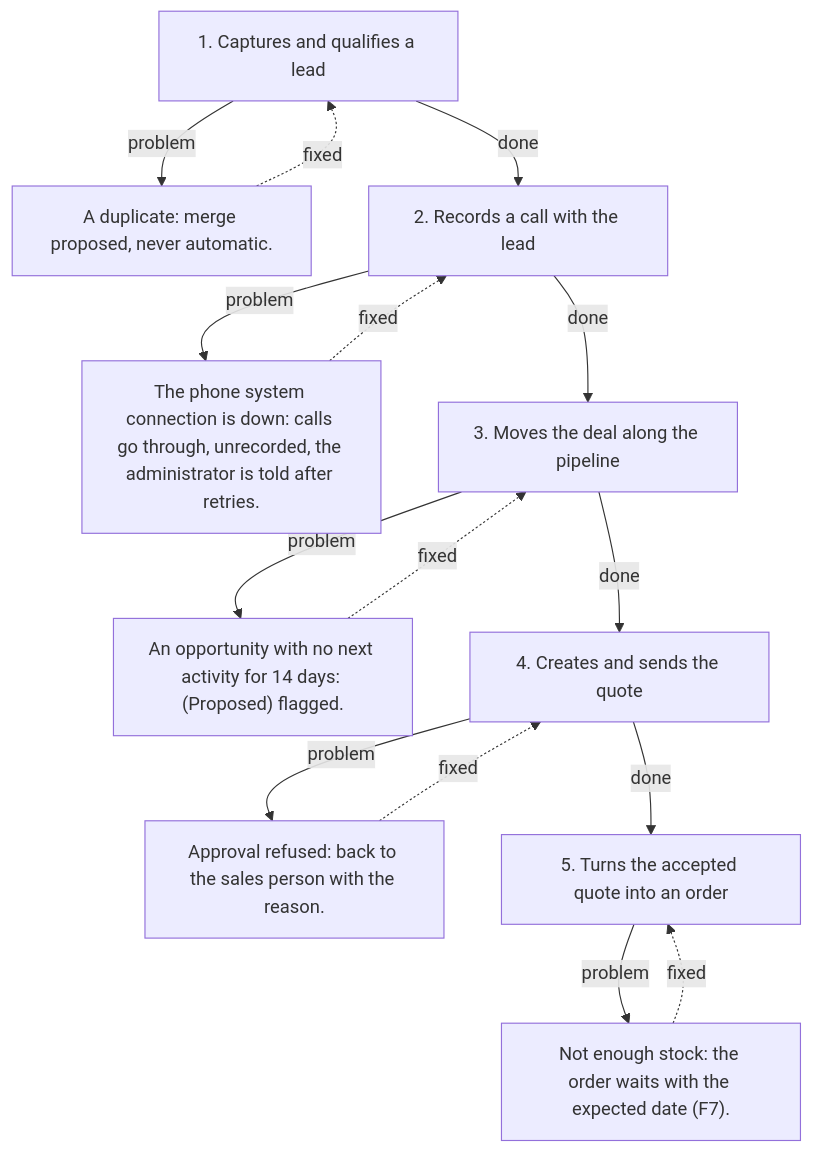
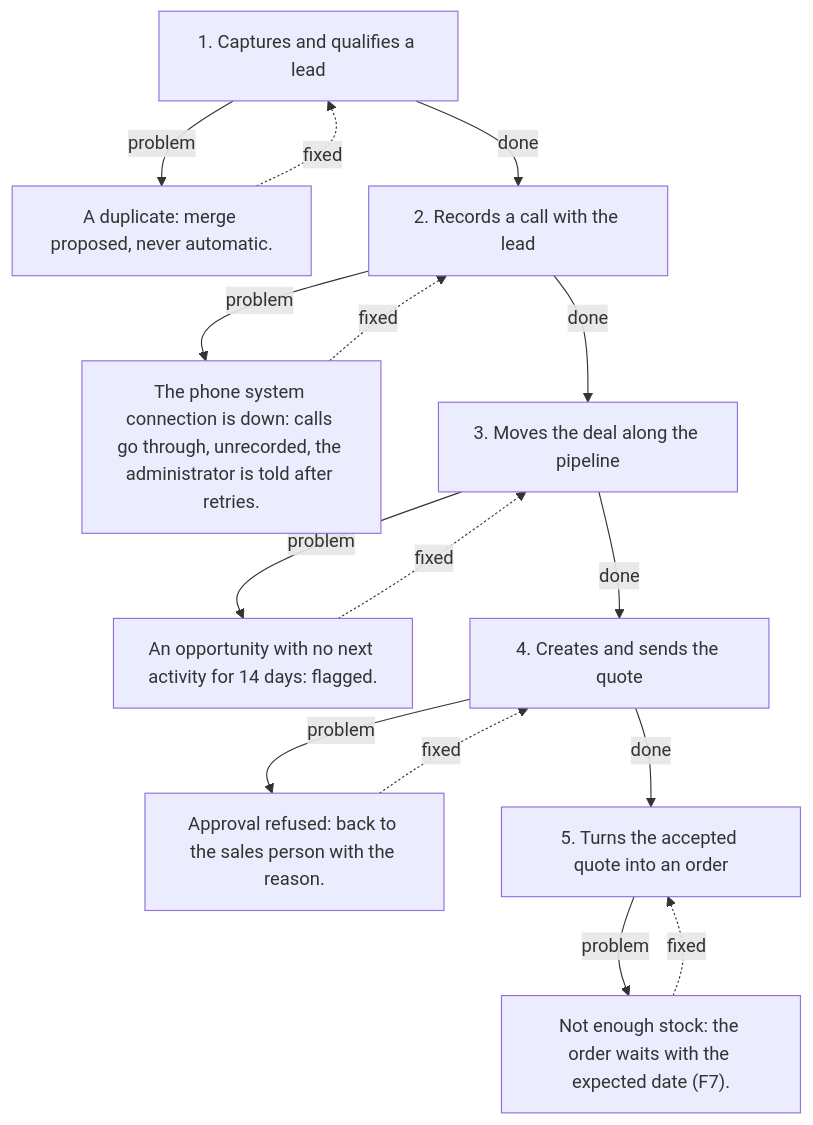
The second of 2 diagrams in docs/specs/04-ux/views/u03-sales/journeys/j-u03-01-from-lead-to-order.md (gpbcom/SimpleERP), drawn with Mermaid before and after one commit. The commit also changed other lines of this file and 8816 other files, not shown here.

````diff
--- a/docs/specs/04-ux/views/u03-sales/journeys/j-u03-01-from-lead-to-order.md
+++ b/docs/specs/04-ux/views/u03-sales/journeys/j-u03-01-from-lead-to-order.md
@@ -40,22 +40,22 @@
 ```mermaid
 flowchart TD
   S1["1. Captures and qualifies a lead"]
   S1 -- problem --> E1["A duplicate: merge proposed, never automatic."]
   E1 -. fixed .-> S1
   S2["2. Records a call with the lead"]
   S2 -- problem --> E2["The phone system connection is down: calls go through, unrecorded, the administrator is told after retries."]
   E2 -. fixed .-> S2
   S1 -- done --> S2
   S3["3. Moves the deal along the pipeline"]
-  S3 -- problem --> E3["An opportunity with no next activity for 14 days: (Proposed) flagged."]
+  S3 -- problem --> E3["An opportunity with no next activity for 14 days: flagged."]
   E3 -. fixed .-> S3
   S2 -- done --> S3
   S4["4. Creates and sends the quote"]
   S4 -- problem --> E4["Approval refused: back to the sales person with the reason."]
   E4 -. fixed .-> S4
   S3 -- done --> S4
   S5["5. Turns the accepted quote into an order"]
   S5 -- problem --> E5["Not enough stock: the order waits with the expected date (F7)."]
   E5 -. fixed .-> S5
   S4 -- done --> S5
 ```
````
